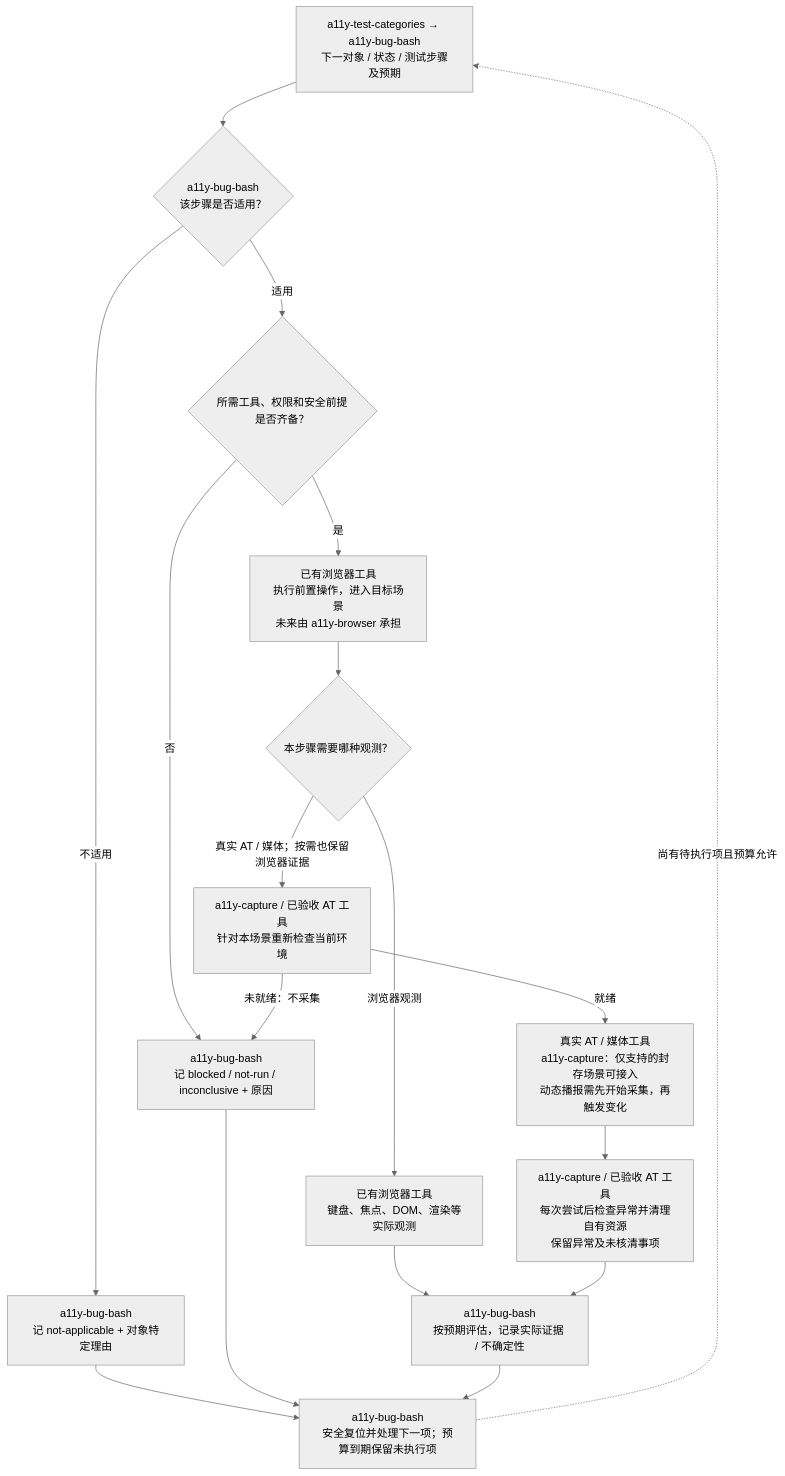
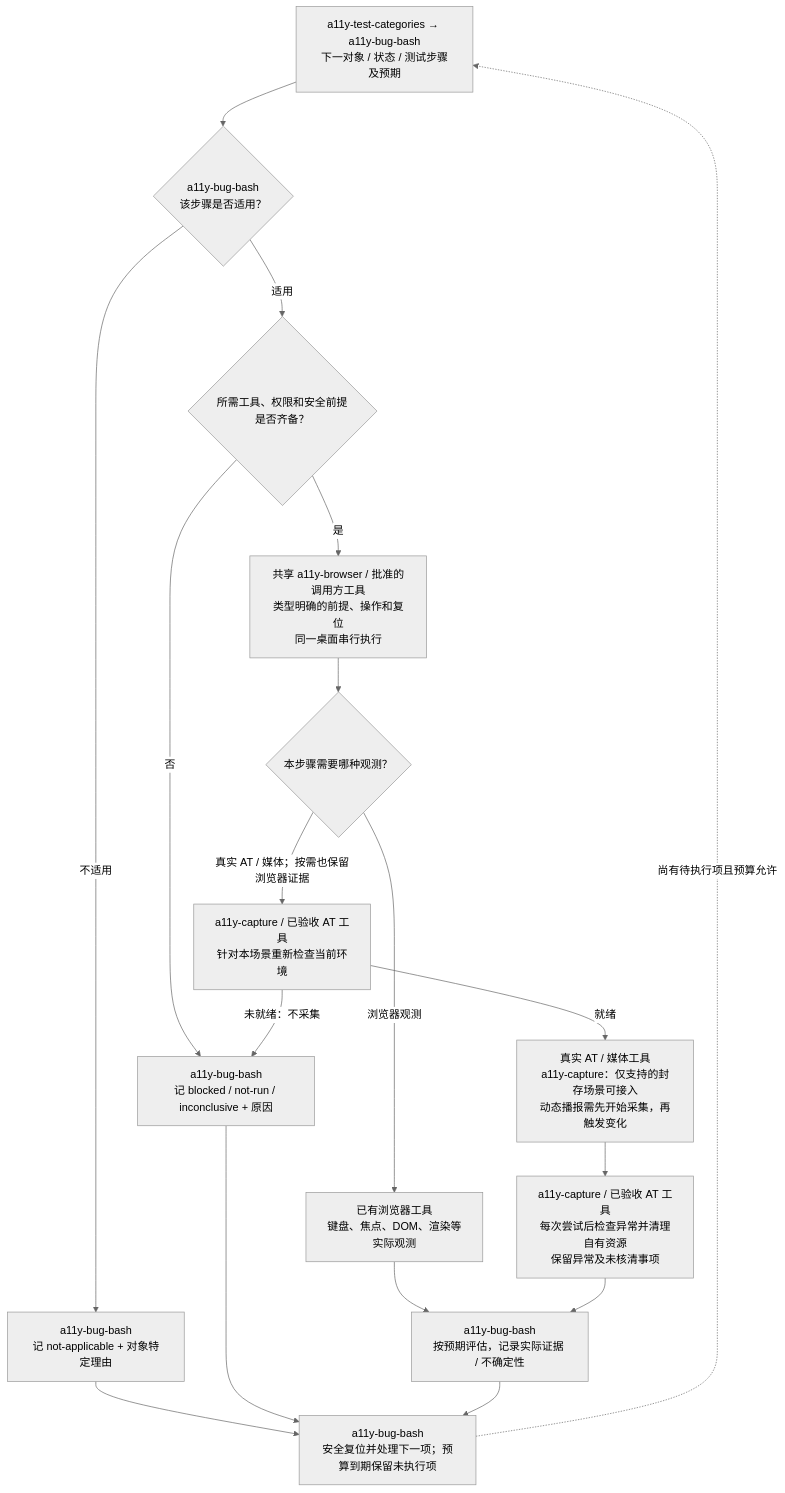
The second of 2 diagrams in docs/BUG-BASH-ARCHITECTURE.zh-CN.md (kaixun96/dev.A11yAssist), drawn with Mermaid (neutral theme) before and after one commit. The commit also changed other lines of this file and 231 other files, not shown here.

````diff
--- a/docs/BUG-BASH-ARCHITECTURE.zh-CN.md
+++ b/docs/BUG-BASH-ARCHITECTURE.zh-CN.md
@@ -76,27 +78,27 @@
 ```mermaid
 flowchart TD
     C["a11y-test-categories → a11y-bug-bash<br/>下一对象 / 状态 / 测试步骤及预期"]
     Q{"a11y-bug-bash<br/>该步骤是否适用？"}
     N["a11y-bug-bash<br/>记 not-applicable + 对象特定理由"]
     T{"所需工具、权限和安全前提是否齐备？"}
     X["a11y-bug-bash<br/>记 blocked / not-run / inconclusive + 原因"]
-    B["已有浏览器工具<br/>执行前置操作，进入目标场景<br/>未来由 a11y-browser 承担"]
+    B["共享 a11y-browser / 批准的调用方工具<br/>类型明确的前提、操作和复位<br/>同一桌面串行执行"]
     D{"本步骤需要哪种观测？"}
     W["已有浏览器工具<br/>键盘、焦点、DOM、渲染等实际观测"]
     PRE["a11y-capture / 已验收 AT 工具<br/>针对本场景重新检查当前环境"]
     AT["真实 AT / 媒体工具<br/>a11y-capture：仅支持的封存场景可接入<br/>动态播报需先开始采集，再触发变化"]
     POST["a11y-capture / 已验收 AT 工具<br/>每次尝试后检查异常并清理自有资源<br/>保留异常及未核清事项"]
     F["a11y-bug-bash<br/>按预期评估，记录实际证据 / 不确定性"]
     L["a11y-bug-bash<br/>安全复位并处理下一项；预算到期保留未执行项"]
     C --> Q
     Q -- "不适用" --> N --> L
     Q -- "适用" --> T
     T -- "否" --> X --> L
     T -- "是" --> B --> D
     D -- "浏览器观测" --> W --> F
     D -- "真实 AT / 媒体；按需也保留浏览器证据" --> PRE
     PRE -- "就绪" --> AT --> POST --> F
     PRE -- "未就绪：不采集" --> X
     F --> L
     L -. "尚有待执行项且预算允许" .-> C
 ```
````
